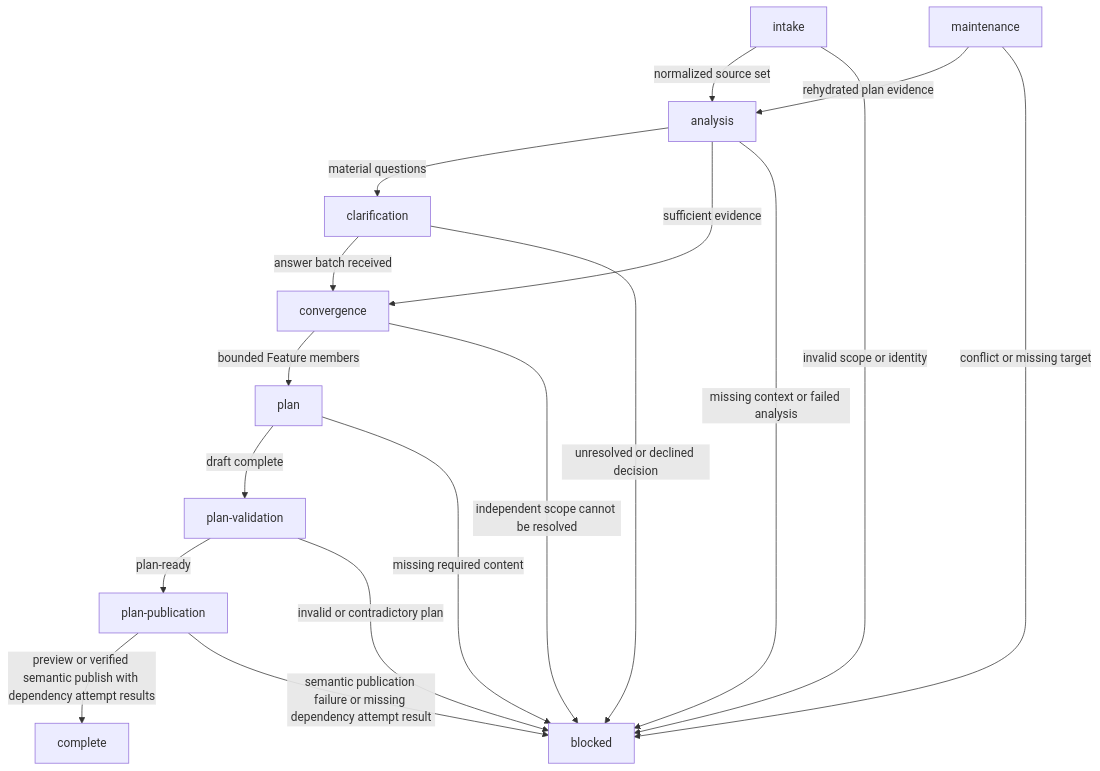
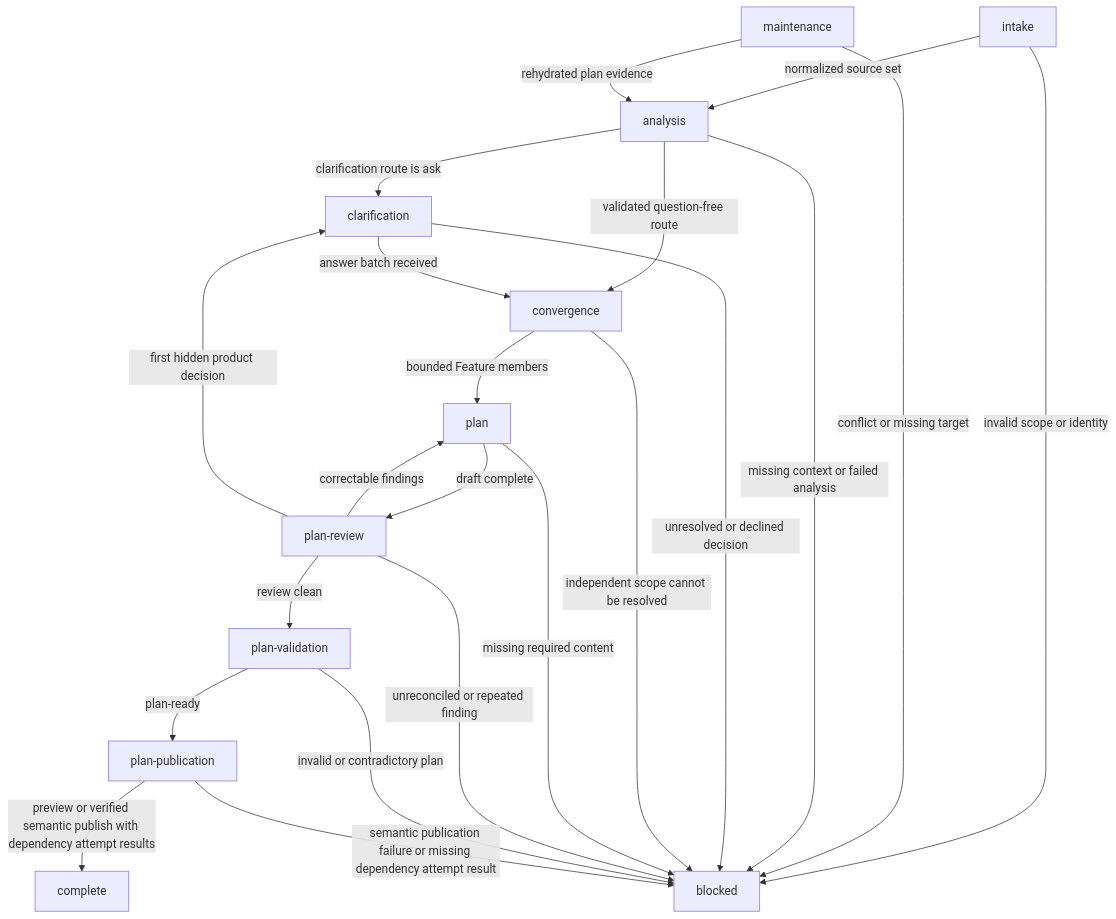
One commit to alemar11/dotagents changed the diagram in plugins/se/skills/feature/SKILL.md. Above: the diagram before and after it, drawn with Mermaid. The commit also changed other lines of this file and 20 other files, not shown here.

First line of the commit message:
Improve SE Feature clarification and plan review

```diff
--- a/plugins/se/skills/feature/SKILL.md
+++ b/plugins/se/skills/feature/SKILL.md
@@ -278,20 +325,24 @@
 ~~~mermaid
 flowchart TD
     intake -->|normalized source set| analysis
     maintenance -->|rehydrated plan evidence| analysis
     intake -->|invalid scope or identity| blocked
     maintenance -->|conflict or missing target| blocked
-    analysis -->|material questions| clarification
-    analysis -->|sufficient evidence| convergence
+    analysis -->|clarification route is ask| clarification
+    analysis -->|validated question-free route| convergence
     analysis -->|missing context or failed analysis| blocked
     clarification -->|answer batch received| convergence
     clarification -->|unresolved or declined decision| blocked
     convergence -->|bounded Feature members| plan
     convergence -->|independent scope cannot be resolved| blocked
-    plan -->|draft complete| plan-validation
+    plan -->|draft complete| plan-review
     plan -->|missing required content| blocked
+    plan-review -->|review clean| plan-validation
+    plan-review -->|correctable findings| plan
+    plan-review -->|first hidden product decision| clarification
+    plan-review -->|unreconciled or repeated finding| blocked
     plan-validation -->|plan-ready| plan-publication
     plan-validation -->|invalid or contradictory plan| blocked
     plan-publication -->|preview or verified semantic publish with dependency attempt results| complete
     plan-publication -->|semantic publication failure or missing dependency attempt result| blocked
 ~~~
```
